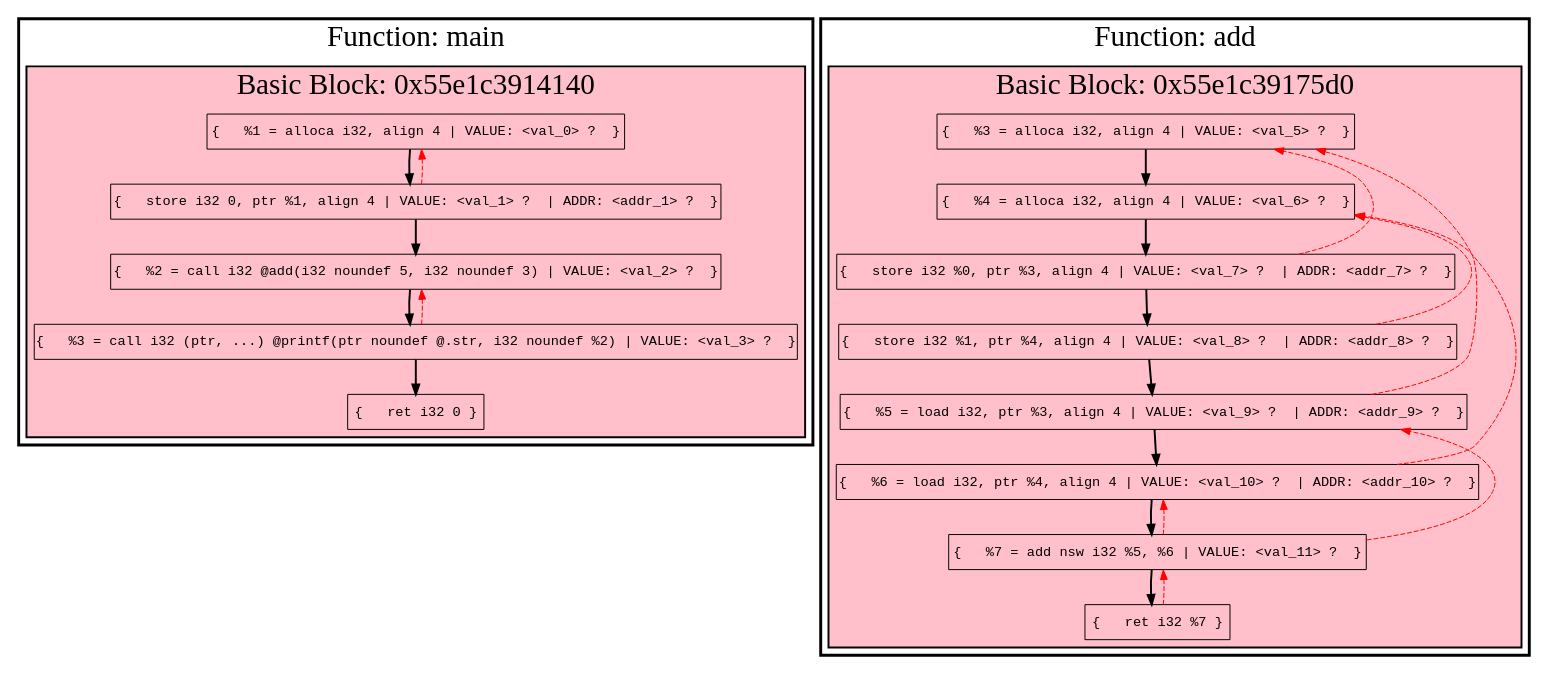
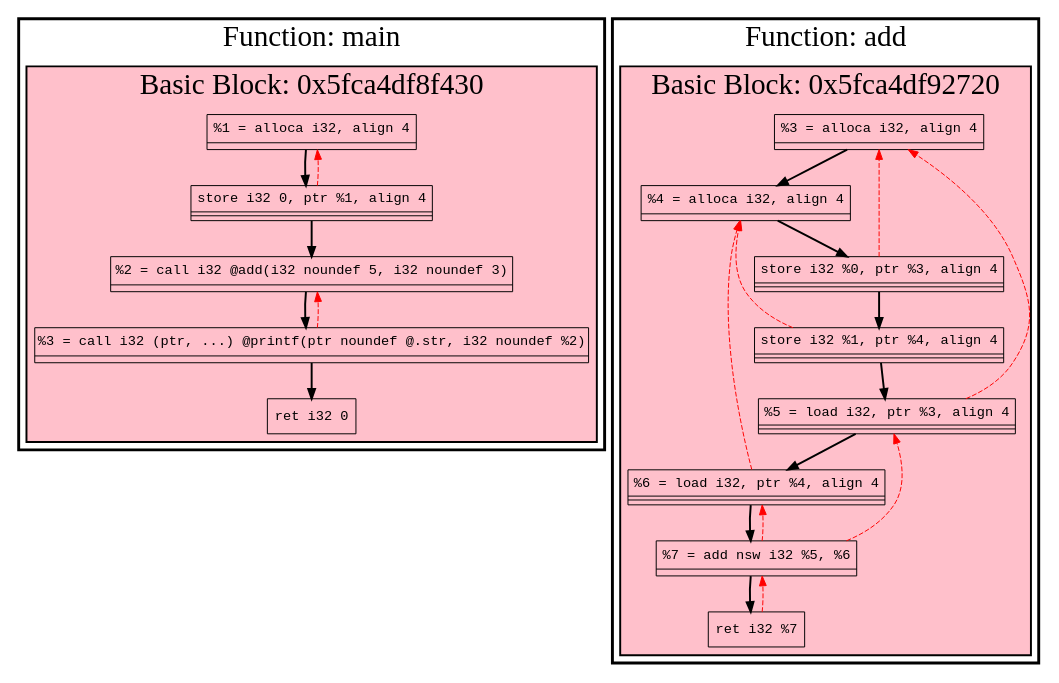
The diagram in log/dot/graph.dot (Bebriali/pass_plugin), drawn with Graphviz before and after one commit. The commit also changed 16 other files, not shown here.

```diff
--- a/log/dot/graph.dot
+++ b/log/dot/graph.dot
@@ -1,82 +1,55 @@
 digraph "def-use" {
   compound=true;
-  node [shape=box, fontname="Courier"];
+  node [shape=record, fontname="Courier"];
   subgraph "cluster_main" {
     label = "Function: main";
-    fontsize = 30;
-    fontname = "Arial Bold";
-    style = filled;
-    color = black;
-    fillcolor = white;
-    penwidth = 3.0;
-  subgraph "cluster_0x55e1c3914140" {
-    label = "Basic Block: 0x55e1c3914140";
-    style = filled;
-    color = black;
-    penwidth = 2.0;
-    fillcolor = pink;
-// Instruction:   %1 = alloca i32, align 4
+    fontsize = 30; fontname = "Arial Bold";
+    style = filled; color = black; fillcolor = white; penwidth = 3.0;
+  subgraph "cluster_0x5fca4df8f430" {
+    label = "Basic Block: 0x5fca4df8f430";
+    style = filled; color = black; penwidth = 2.0; fillcolor = pink;
     "inst_0" [label="{   %1 = alloca i32, align 4 | VALUE: <val_0> ?  }"];
-// Instruction:   store i32 0, ptr %1, align 4
     "inst_1" [label="{   store i32 0, ptr %1, align 4 | VALUE: <val_1> ?  | ADDR: <addr_1> ?  }"];
-    "inst_0" -> "inst_1" [style=bold];
-    "inst_1" -> "inst_0" [style=dashed, color=red, constraint=false];
-// Instruction:   %2 = call i32 @add(i32 noundef 5, i32 noundef 3)
+    "inst_0" -> "inst_1" [style=bold, color=black];
+    "inst_1" -> "inst_0" [style=dashed, color=red];
     "inst_2" [label="{   %2 = call i32 @add(i32 noundef 5, i32 noundef 3) | VALUE: <val_2> ?  }"];
-    "inst_1" -> "inst_2" [style=bold];
-// Instruction:   %3 = call i32 (ptr, ...) @printf(ptr noundef @.str, i32 noundef %2)
+    "inst_1" -> "inst_2" [style=bold, color=black];
     "inst_3" [label="{   %3 = call i32 (ptr, ...) @printf(ptr noundef @.str, i32 noundef %2) | VALUE: <val_3> ?  }"];
-    "inst_2" -> "inst_3" [style=bold];
-    "inst_3" -> "inst_2" [style=dashed, color=red, constraint=false];
-// Instruction:   ret i32 0
+    "inst_2" -> "inst_3" [style=bold, color=black];
+    "inst_3" -> "inst_2" [style=dashed, color=red];
     "inst_4" [label="{   ret i32 0 }"];
-    "inst_3" -> "inst_4" [style=bold];
-  } // basic block 0x55e1c3914140subgraph
-  } // functional subgraphmain
+    "inst_3" -> "inst_4" [style=bold, color=black];
+  }
+  }
   subgraph "cluster_add" {
     label = "Function: add";
-    fontsize = 30;
-    fontname = "Arial Bold";
-    style = filled;
-    color = black;
-    fillcolor = white;
-    penwidth = 3.0;
-  subgraph "cluster_0x55e1c39175d0" {
-    label = "Basic Block: 0x55e1c39175d0";
-    style = filled;
-    color = black;
-    penwidth = 2.0;
-    fillcolor = pink;
-// Instruction:   %3 = alloca i32, align 4
+    fontsize = 30; fontname = "Arial Bold";
+    style = filled; color = black; fillcolor = white; penwidth = 3.0;
+  subgraph "cluster_0x5fca4df92720" {
+    label = "Basic Block: 0x5fca4df92720";
+    style = filled; color = black; penwidth = 2.0; fillcolor = pink;
     "inst_5" [label="{   %3 = alloca i32, align 4 | VALUE: <val_5> ?  }"];
-// Instruction:   %4 = alloca i32, align 4
     "inst_6" [label="{   %4 = alloca i32, align 4 | VALUE: <val_6> ?  }"];
-    "inst_5" -> "inst_6" [style=bold];
-// Instruction:   store i32 %0, ptr %3, align 4
+    "inst_5" -> "inst_6" [style=bold, color=black];
     "inst_7" [label="{   store i32 %0, ptr %3, align 4 | VALUE: <val_7> ?  | ADDR: <addr_7> ?  }"];
-    "inst_6" -> "inst_7" [style=bold];
-    "inst_7" -> "inst_5" [style=dashed, color=red, constraint=false];
-// Instruction:   store i32 %1, ptr %4, align 4
+    "inst_6" -> "inst_7" [style=bold, color=black];
+    "inst_7" -> "inst_5" [style=dashed, color=red];
     "inst_8" [label="{   store i32 %1, ptr %4, align 4 | VALUE: <val_8> ?  | ADDR: <addr_8> ?  }"];
-    "inst_7" -> "inst_8" [style=bold];
-    "inst_8" -> "inst_6" [style=dashed, color=red, constraint=false];
-// Instruction:   %5 = load i32, ptr %3, align 4
+    "inst_7" -> "inst_8" [style=bold, color=black];
+    "inst_8" -> "inst_6" [style=dashed, color=red];
     "inst_9" [label="{   %5 = load i32, ptr %3, align 4 | VALUE: <val_9> ?  | ADDR: <addr_9> ?  }"];
-    "inst_8" -> "inst_9" [style=bold];
-    "inst_9" -> "inst_5" [style=dashed, color=red, constraint=false];
-// Instruction:   %6 = load i32, ptr %4, align 4
+    "inst_8" -> "inst_9" [style=bold, color=black];
+    "inst_9" -> "inst_5" [style=dashed, color=red];
     "inst_10" [label="{   %6 = load i32, ptr %4, align 4 | VALUE: <val_10> ?  | ADDR: <addr_10> ?  }"];
-    "inst_9" -> "inst_10" [style=bold];
-    "inst_10" -> "inst_6" [style=dashed, color=red, constraint=false];
-// Instruction:   %7 = add nsw i32 %5, %6
+    "inst_9" -> "inst_10" [style=bold, color=black];
+    "inst_10" -> "inst_6" [style=dashed, color=red];
     "inst_11" [label="{   %7 = add nsw i32 %5, %6 | VALUE: <val_11> ?  }"];
-    "inst_10" -> "inst_11" [style=bold];
-    "inst_11" -> "inst_9" [style=dashed, color=red, constraint=false];
-    "inst_11" -> "inst_10" [style=dashed, color=red, constraint=false];
-// Instruction:   ret i32 %7
+    "inst_10" -> "inst_11" [style=bold, color=black];
+    "inst_11" -> "inst_9" [style=dashed, color=red];
+    "inst_11" -> "inst_10" [style=dashed, color=red];
     "inst_12" [label="{   ret i32 %7 }"];
-    "inst_11" -> "inst_12" [style=bold];
-    "inst_12" -> "inst_11" [style=dashed, color=red, constraint=false];
-  } // basic block 0x55e1c39175d0subgraph
-  } // functional subgraphadd
-} // def-use
+    "inst_11" -> "inst_12" [style=bold, color=black];
+    "inst_12" -> "inst_11" [style=dashed, color=red];
+  }
+  }
+}
```
